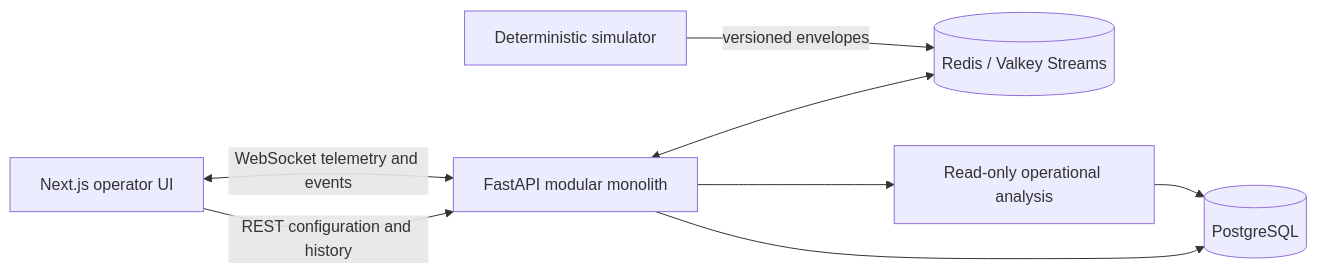
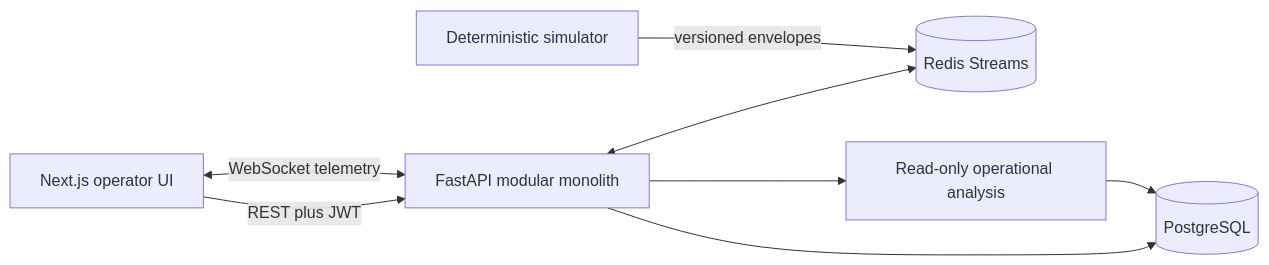
Before and after one commit to SakoBagz/Sentinel: the diagram in README.md, drawn with Mermaid. The commit also changed other lines of this file and 65 other files, not shown here.

````diff
--- a/README.md
+++ b/README.md
@@ -43,10 +52,10 @@
 ```mermaid
 flowchart LR
-    UI[Next.js operator UI] -->|REST configuration and history| API[FastAPI modular monolith]
-    UI <-->|WebSocket telemetry and events| API
+    UI[Next.js operator UI] -->|REST plus JWT| API[FastAPI modular monolith]
+    UI <-->|WebSocket telemetry| API
     API --> DB[(PostgreSQL)]
-    API <--> STREAM[(Redis / Valkey Streams)]
+    API <--> STREAM[(Redis Streams)]
     SIM[Deterministic simulator] -->|versioned envelopes| STREAM
     API --> ANALYSIS[Read-only operational analysis]
     ANALYSIS --> DB
 ```
````
